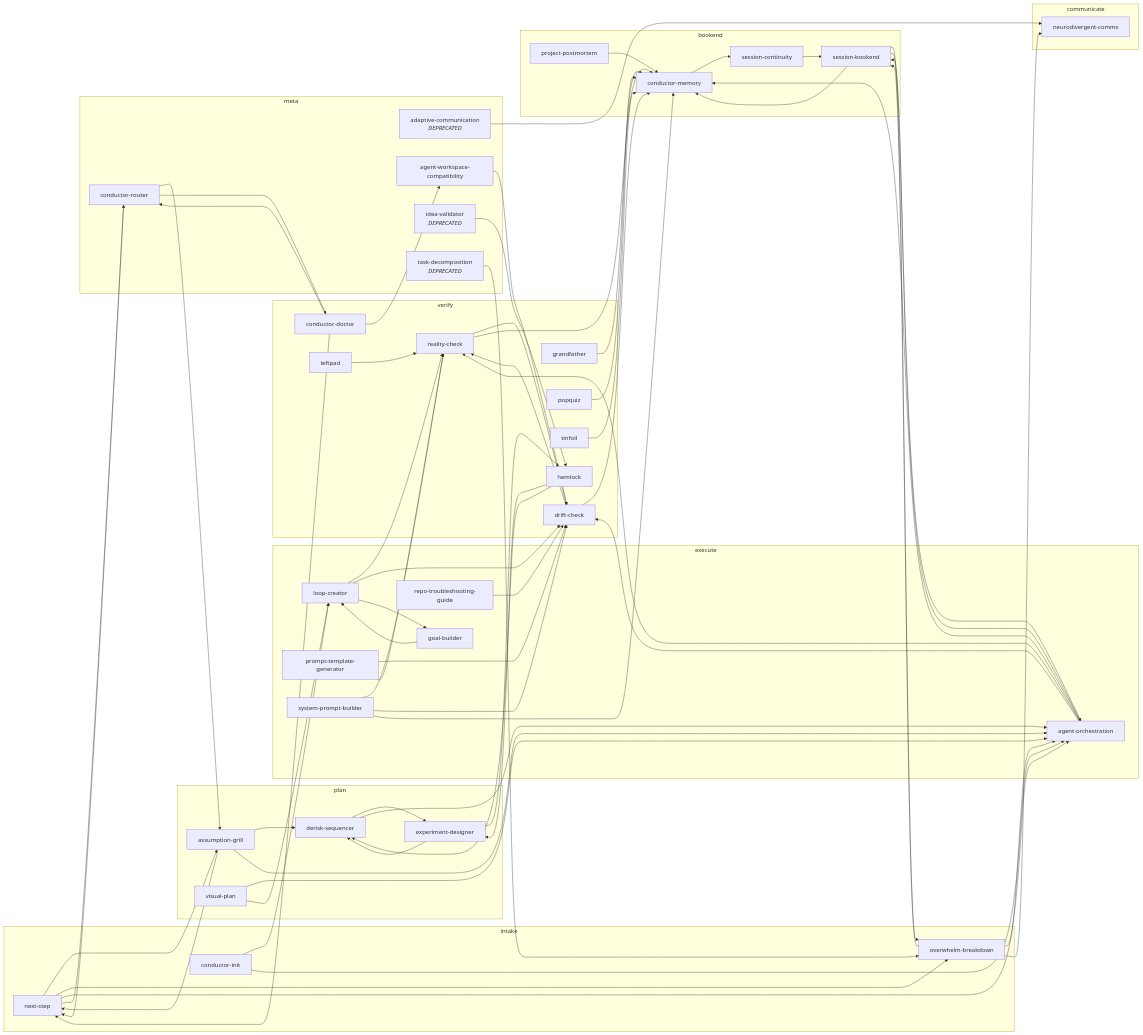
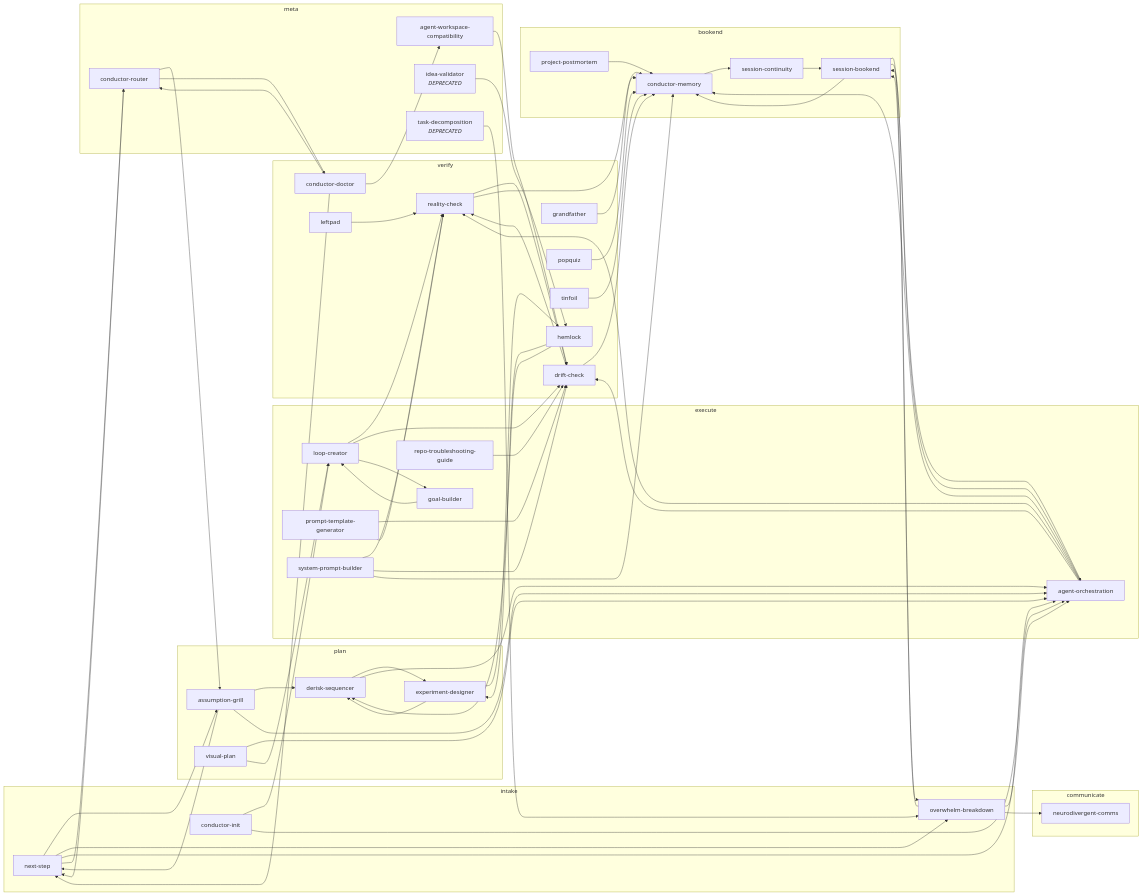
Before and after one commit to scoobydrew83/skills: the diagram in skill-graph.md, drawn with Mermaid. The commit also changed other lines of this file and 25 other files, not shown here.

```diff
--- a/skill-graph.md
+++ b/skill-graph.md
@@ -82,13 +81,11 @@
     session-continuity
   end
   subgraph meta
-    adaptive-communication["adaptive-communication<br/><i>DEPRECATED</i>"]
     agent-workspace-compatibility
     conductor-router
     idea-validator["idea-validator<br/><i>DEPRECATED</i>"]
     task-decomposition["task-decomposition<br/><i>DEPRECATED</i>"]
   end
-  adaptive-communication --> neurodivergent-comms
   agent-orchestration --> reality-check
   agent-orchestration --> drift-check
   agent-orchestration --> conductor-memory
```
